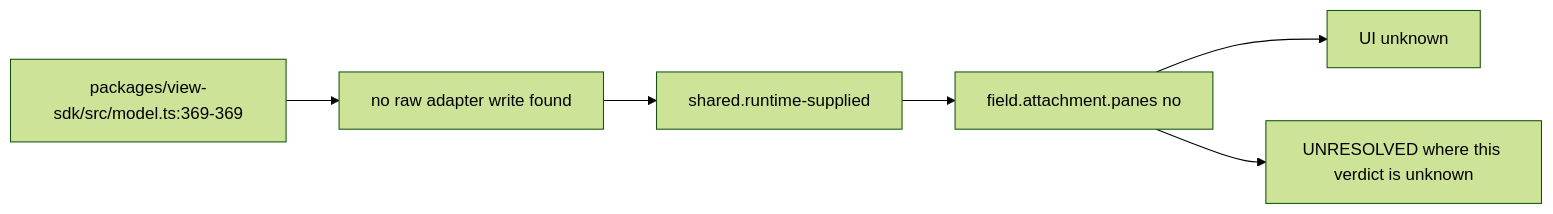
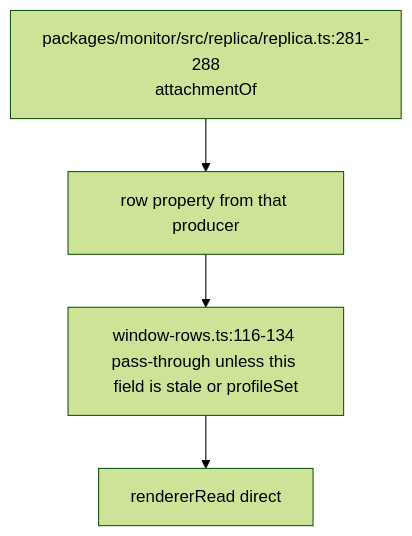
The diagram in audit/godview/evidence/claude/attachment.panes.mmd (vibefield/vibefield), drawn with Mermaid (forest theme) before and after one commit. The commit also changed 1665 other files, not shown here.

```diff
--- a/audit/godview/evidence/claude/attachment.panes.mmd
+++ b/audit/godview/evidence/claude/attachment.panes.mmd
@@ -1,13 +1,9 @@
-%% graph_ref: shared.runtime-supplied
-%% adapter: claude
 %% field: field.attachment.panes
-%% forensic: source-read at 748d015; not a live sample
-flowchart LR
-  src["packages/view-sdk/src/model.ts:369-369"]
-  raw["no raw adapter write found"]
-  shared["shared.runtime-supplied"]
-  row["field.attachment.panes no"]
-  ui["UI unknown"]
-  src --> raw --> shared --> row --> ui
-  open["UNRESOLVED where this verdict is unknown"]
-  row --> open
+%% sourceScope: replica-derived
+%% staticPresence: host-dependent
+%% liveObserved: false
+flowchart TD
+  producer["packages/monitor/src/replica/replica.ts:281-288\nattachmentOf"]
+  producer --> row["row property from that producer"]
+  row --> window["window-rows.ts:116-134 pass-through unless this field is stale or profileSet"]
+  window --> reader["rendererRead direct"]
```
